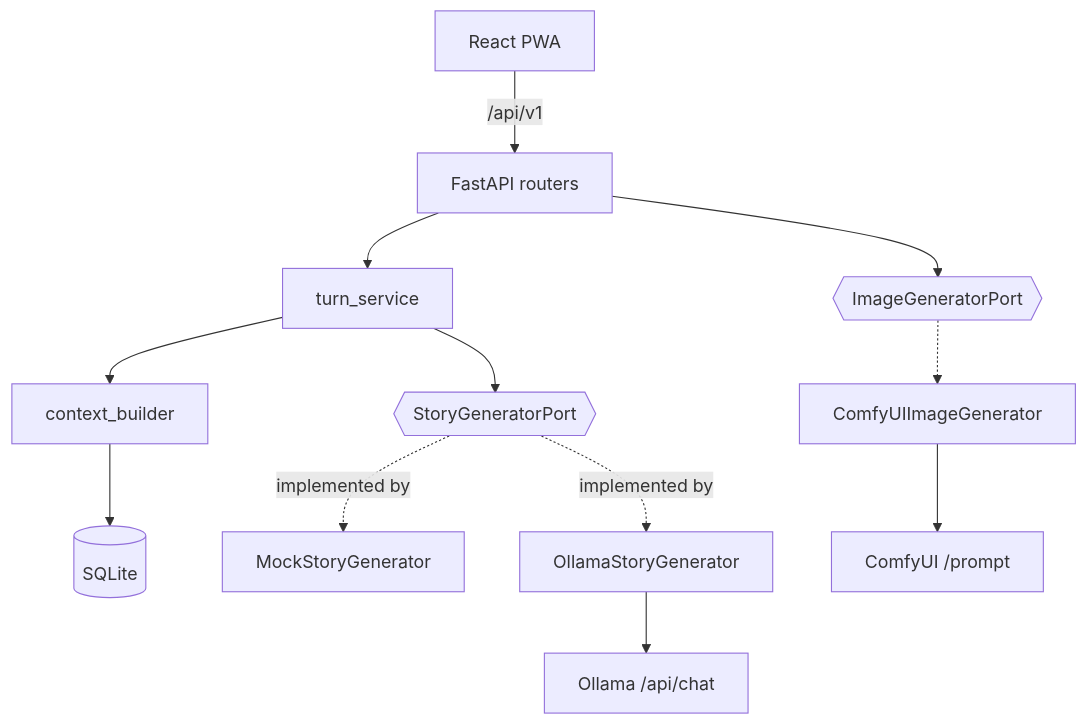
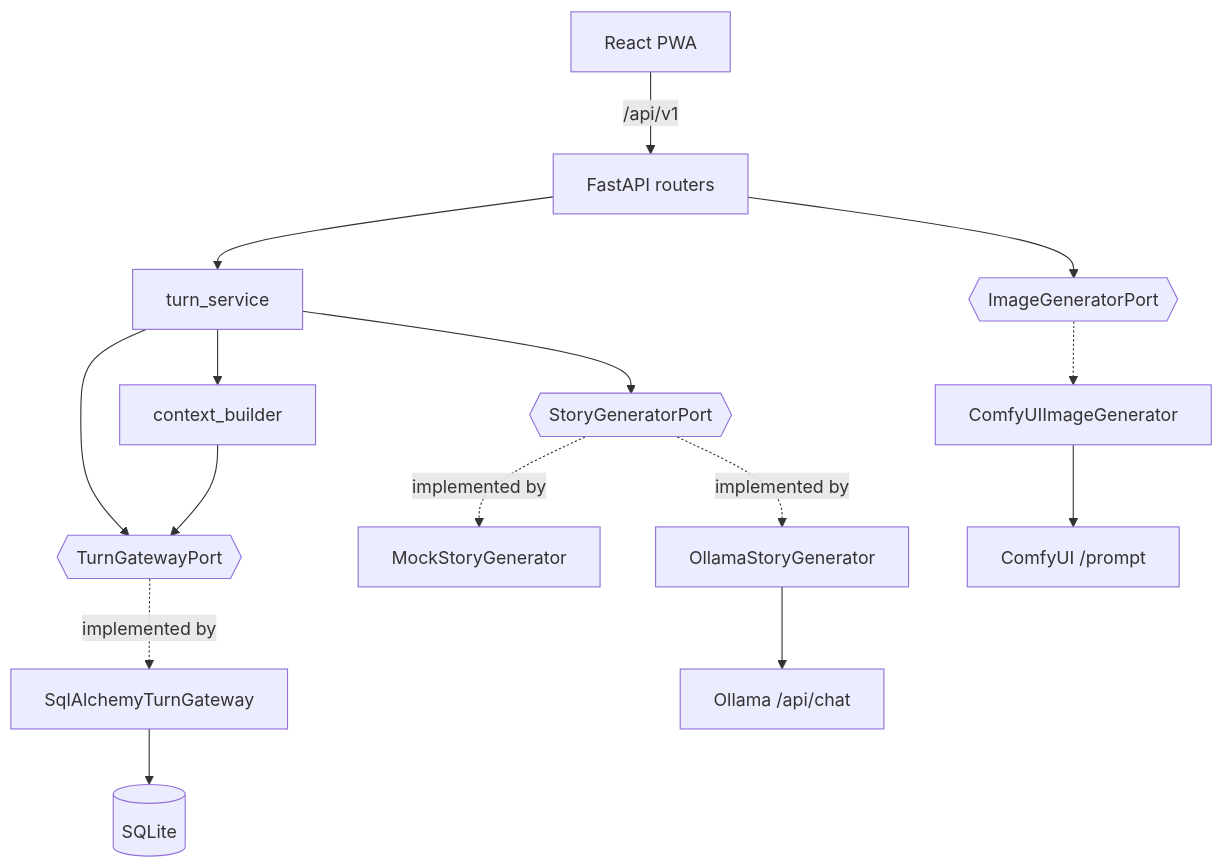
One commit to jorgecastrillonar21/llm-text-test changed the first of 2 diagrams in docs/architecture.md. Above: the diagram before and after it, drawn with Mermaid. The commit also changed other lines of this file and 15 other files, not shown here.

````diff
--- a/docs/architecture.md
+++ b/docs/architecture.md
@@ -27,14 +36,17 @@
 ```mermaid
 flowchart TD
     Web[React PWA] -->|/api/v1| Router[FastAPI routers]
     Router --> TurnSvc[turn_service]
     TurnSvc --> CtxBuilder[context_builder]
     TurnSvc --> Port{{StoryGeneratorPort}}
-    CtxBuilder --> DB[(SQLite)]
+    TurnSvc --> PersPort{{TurnGatewayPort}}
+    CtxBuilder --> PersPort
+    PersPort -.implemented by.-> Gateway[SqlAlchemyTurnGateway]
+    Gateway --> DB[(SQLite)]
     Port -.implemented by.-> Mock[MockStoryGenerator]
     Port -.implemented by.-> Ollama[OllamaStoryGenerator]
     Ollama --> LLM[Ollama /api/chat]
     Router --> ImgPort{{ImageGeneratorPort}}
     ImgPort -.-> Comfy[ComfyUIImageGenerator]
     Comfy --> ComfyUI[ComfyUI /prompt]
 ```
````
